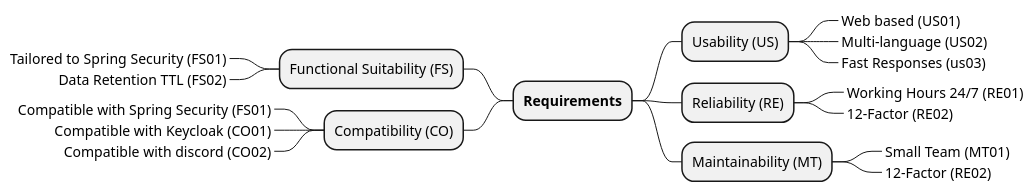
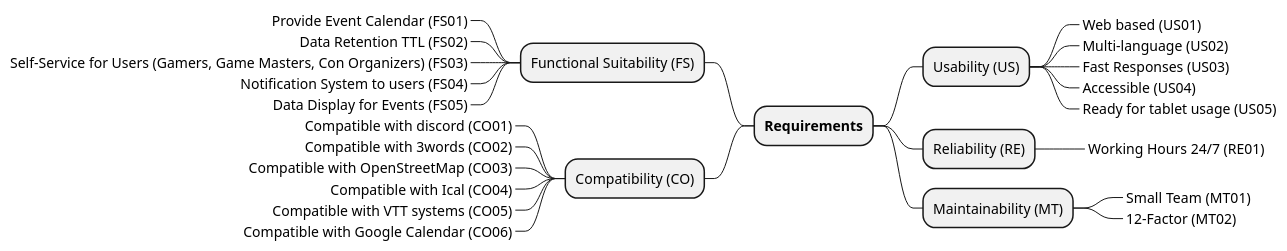
Before and after one commit to Paladins-Inn/rollenspiel-cons: the diagram in docs/modules/arc42/pages/10_quality_requirements.adoc, drawn with PlantUML. The commit also changed other lines of this file and 32 other files, not shown here.

```diff
--- a/docs/modules/arc42/pages/10_quality_requirements.adoc
+++ b/docs/modules/arc42/pages/10_quality_requirements.adoc
@@ -31,24 +39,31 @@
 [plantuml,quality-tree,svg]
 ----
 @startmindmap
 + **Requirements**
 -- Functional Suitability (FS)
----_ Tailored to Spring Security (FS01)
+---_ Provide Event Calendar (FS01)
 ---_ Data Retention TTL (FS02)
+---_ Self-Service for Users (Gamers, Game Masters, Con Organizers) (FS03)
+---_ Notification System to users (FS04)
+---_ Data Display for Events (FS05)
 -- Compatibility (CO)
----_ Compatible with Spring Security (FS01)
----_ Compatible with Keycloak (CO01)
----_ Compatible with discord (CO02)
+---_ Compatible with discord (CO01)
+---_ Compatible with 3words (CO02)
+---_ Compatible with OpenStreetMap (CO03)
+---_ Compatible with Ical (CO04)
+---_ Compatible with VTT systems (CO05)
+---_ Compatible with Google Calendar (CO06)
 
 ++ Usability (US)
 +++_ Web based (US01)
 +++_ Multi-language (US02)
-+++_ Fast Responses (us03)
++++_ Fast Responses (US03)
++++_ Accessible (US04)
++++_ Ready for tablet usage (US05)
 ++ Reliability (RE)
 +++_ Working Hours 24/7 (RE01)
-+++_ 12-Factor (RE02)
 ++ Maintainability (MT)
 +++_ Small Team (MT01)
-+++_ 12-Factor (RE02)
++++_ 12-Factor (MT02)
 @endmindmap
 ----
```
